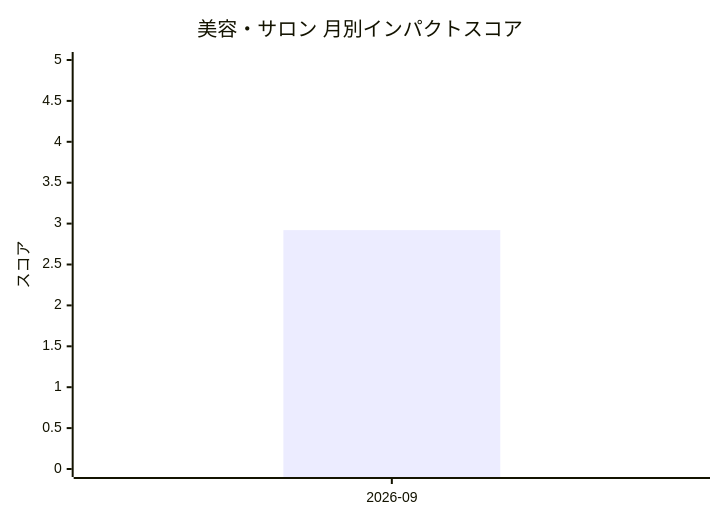
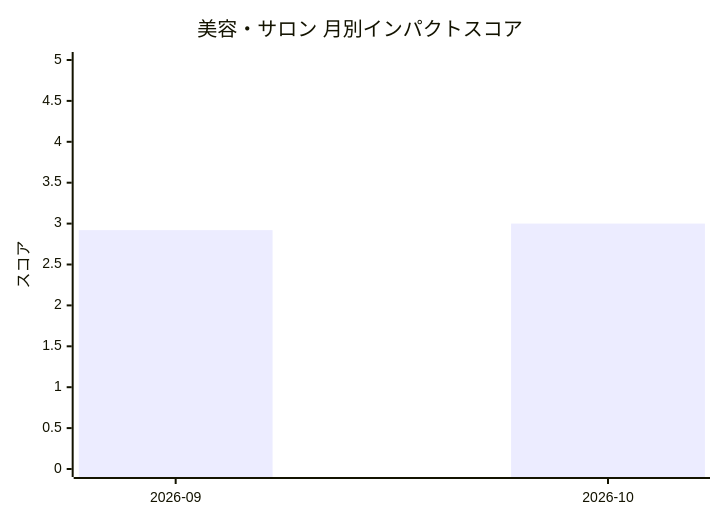
One commit to devaise-support/ai-research changed the diagram in knowledge/industry-impact/beauty.md. Above: the diagram before and after it, drawn with Mermaid. The commit also changed other lines of this file and 14 other files, not shown here.

````diff
--- a/knowledge/industry-impact/beauty.md
+++ b/knowledge/industry-impact/beauty.md
@@ -7,7 +7,7 @@
 ```mermaid
 xychart-beta
   title "美容・サロン 月別インパクトスコア"
-  x-axis [2026-09]
+  x-axis [2026-09, 2026-10]
   y-axis "スコア" 0 --> 5
-  bar [2.92]
+  bar [2.92, 3.0]
 ```
````
